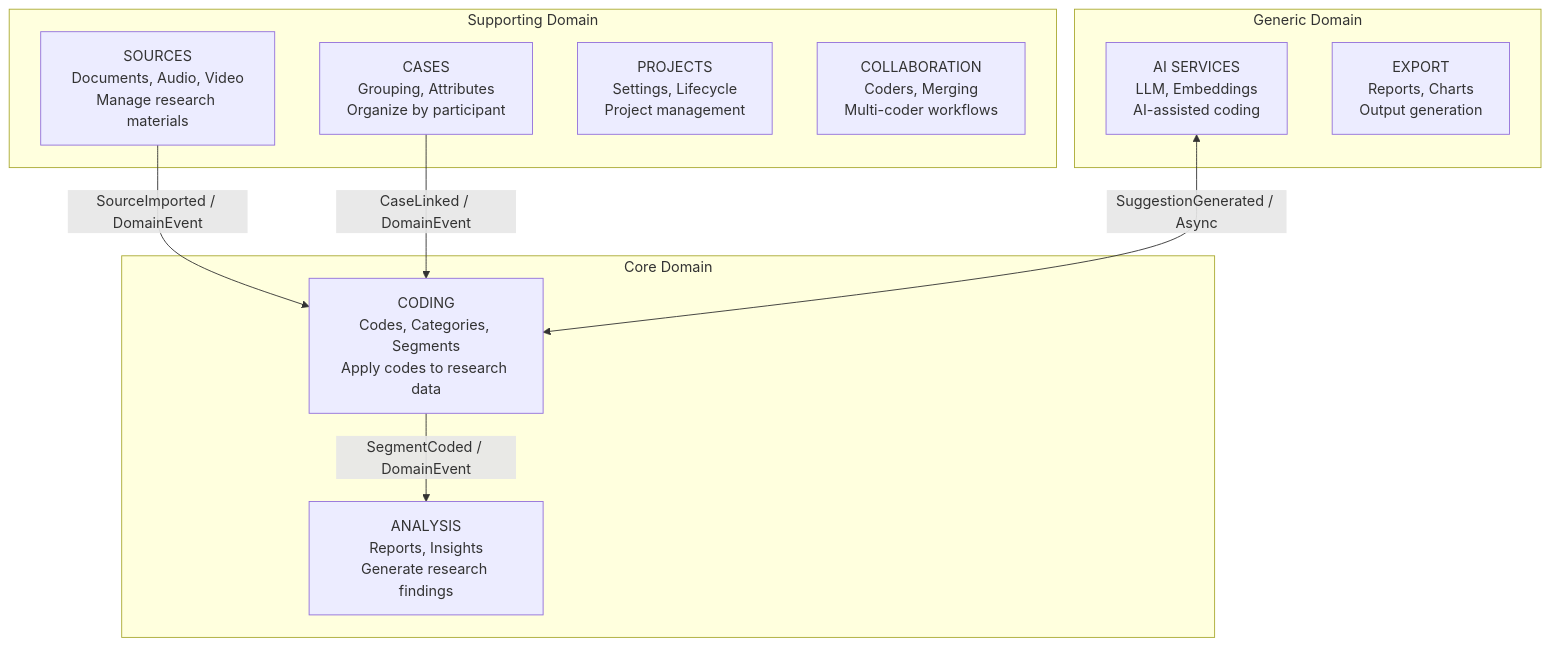
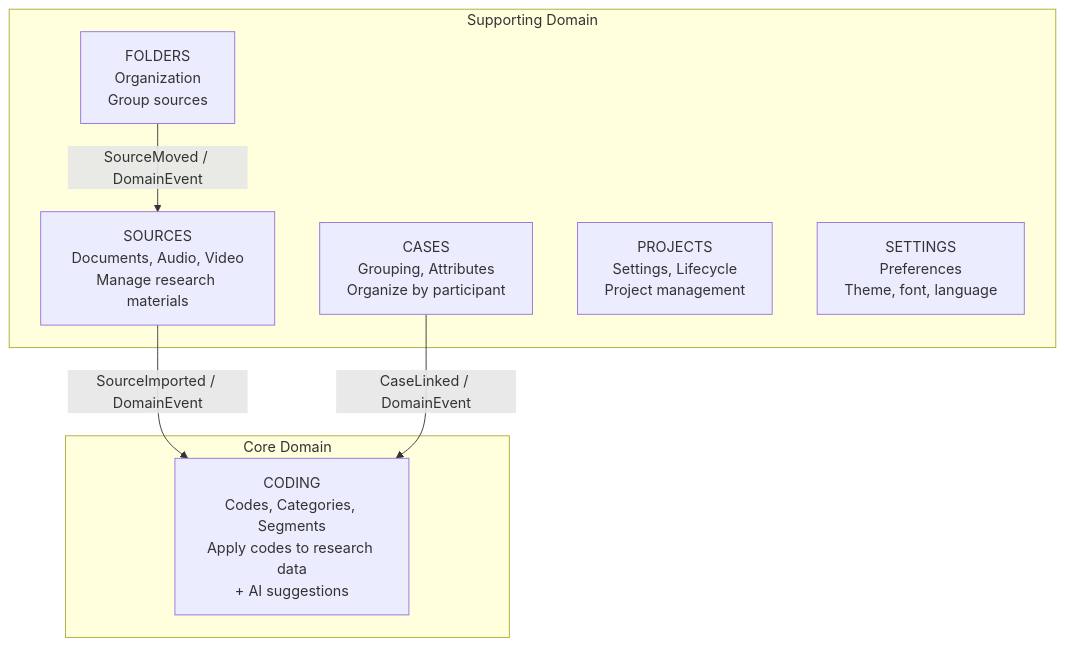
Before and after one commit to scope-impact/QualCoder-v2: the third of 7 diagrams in docs/ARCHITECTURE.md, drawn with Mermaid. The commit also changed other lines of this file and 11 other files, not shown here.

First line of the commit message:
docs: update documentation for vertical slice architecture

````diff
--- a/docs/ARCHITECTURE.md
+++ b/docs/ARCHITECTURE.md
@@ -93,24 +93,18 @@
 ```mermaid
 graph TB
     subgraph Core Domain
-        COD[CODING<br>Codes, Categories, Segments<br>Apply codes to research data]
-        ANA[ANALYSIS<br>Reports, Insights<br>Generate research findings]
+        COD[CODING<br>Codes, Categories, Segments<br>Apply codes to research data<br>+ AI suggestions]
     end
 
     subgraph Supporting Domain
         SRC[SOURCES<br>Documents, Audio, Video<br>Manage research materials]
         CAS[CASES<br>Grouping, Attributes<br>Organize by participant]
         PRJ[PROJECTS<br>Settings, Lifecycle<br>Project management]
-        COL[COLLABORATION<br>Coders, Merging<br>Multi-coder workflows]
+        FLD[FOLDERS<br>Organization<br>Group sources]
+        SET[SETTINGS<br>Preferences<br>Theme, font, language]
     end
 
-    subgraph Generic Domain
-        AI[AI SERVICES<br>LLM, Embeddings<br>AI-assisted coding]
-        EXP[EXPORT<br>Reports, Charts<br>Output generation]
-    end
-
-    COD -->|"SegmentCoded / DomainEvent"| ANA
     SRC -->|"SourceImported / DomainEvent"| COD
     CAS -->|"CaseLinked / DomainEvent"| COD
-    AI <-->|"SuggestionGenerated / Async"| COD
+    FLD -->|"SourceMoved / DomainEvent"| SRC
 ```
````
